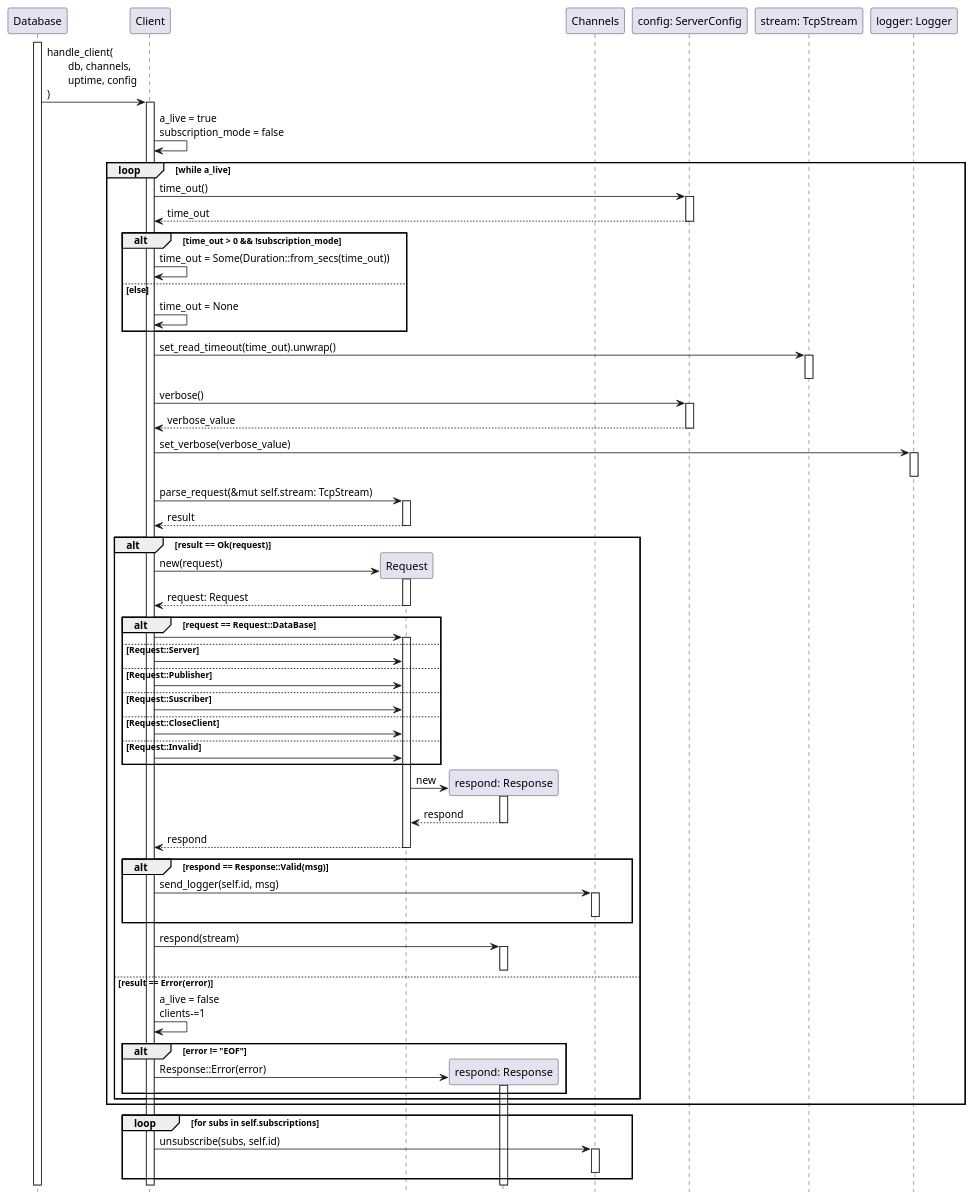
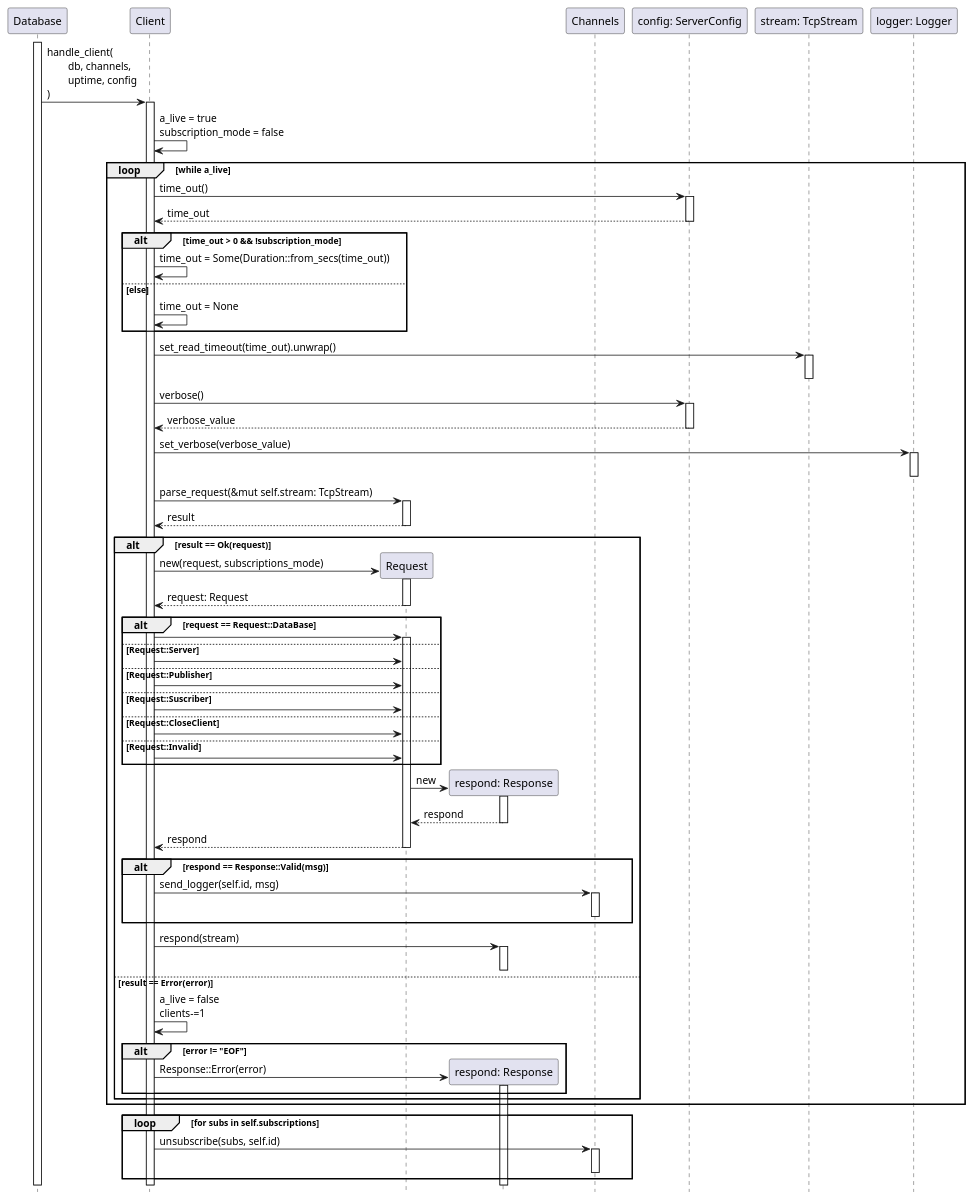
Before and after one commit to taller-1-fiuba-rust/21C1-OxidadosFC: the diagram in src/Diagramas/handle_client.puml, drawn with PlantUML. The commit also changed 3 other files, not shown here.

Commit message:
check subscription_mode passed to create request

```diff
--- a/src/Diagramas/handle_client.puml
+++ b/src/Diagramas/handle_client.puml
@@ -1,82 +1,82 @@
 @startuml handle_client
 hide footbox
 activate Database
 
 participant Database order 0
 participant Client order 10
 participant Request order 20
 
 Database -> Client++: handle_client(\n\tdb, channels,\n\tuptime, config\n)
 Client -> Client: a_live = true\nsubscription_mode = false
 loop while a_live
     participant Config as "config: ServerConfig" order 30
     Client -> Config ++: time_out()
     return time_out
 
     alt time_out > 0 && !subscription_mode
         Client -> Client: time_out = Some(Duration::from_secs(time_out))
     else else
         Client -> Client: time_out = None
     end
 
     participant Stream as "stream: TcpStream" order 40
     Client -> Stream++: set_read_timeout(time_out).unwrap()
     deactivate Stream
 
     Client -> Config++: verbose()
     return verbose_value
 
     participant Logger as "logger: Logger" order 50
     Client -> Logger++: set_verbose(verbose_value)
     deactivate Logger
 
     Client -> Request++: parse_request(&mut self.stream: TcpStream)
     return result
 
     alt result == Ok(request) 
         create Request
-        Client -> Request++: new(request)
+        Client -> Request++: new(request, subscriptions_mode)
         return request: Request
         alt request == Request::DataBase
             Client -> Request++:
         else Request::Server
             Client -> Request:
         else Request::Publisher
             Client -> Request:
         else Request::Suscriber
             Client -> Request:
         else Request::CloseClient
             Client -> Request:
         else Request::Invalid
             Client -> Request:
         end
 
         participant Respond as "respond: Response" order 24
         create Respond
         Request -> Respond++: new
         return respond
         return respond
 
         alt respond == Response::Valid(msg)
             participant Channels order 25
             Client -> Channels++: send_logger(self.id, msg)
             deactivate Channels
         end
 
         Client -> Respond ++: respond(stream)
         deactivate
     else result == Error(error)
         Client -> Client: a_live = false\nclients-=1
         alt error != "EOF"
             create Respond
             Client -> Respond++: Response::Error(error)
             deactivate Respond
         end
     end
 end
 
 loop for subs in self.subscriptions
     Client -> Channels++: unsubscribe(subs, self.id)
     deactivate Channels
 end
 @enduml
```
